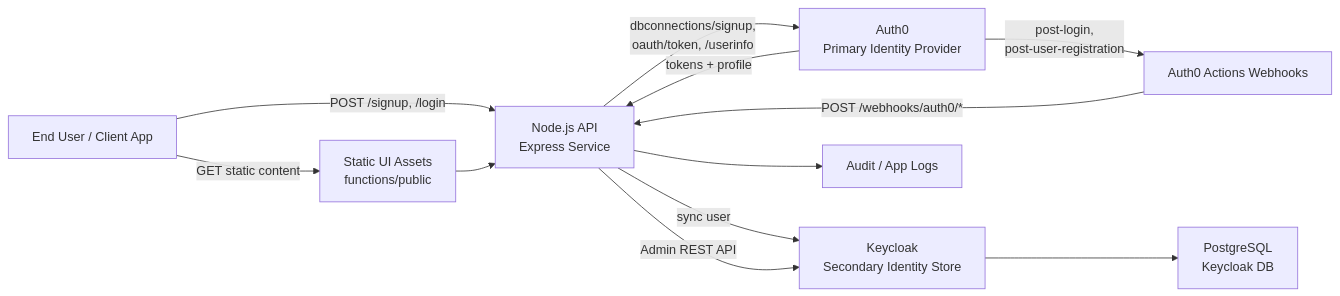
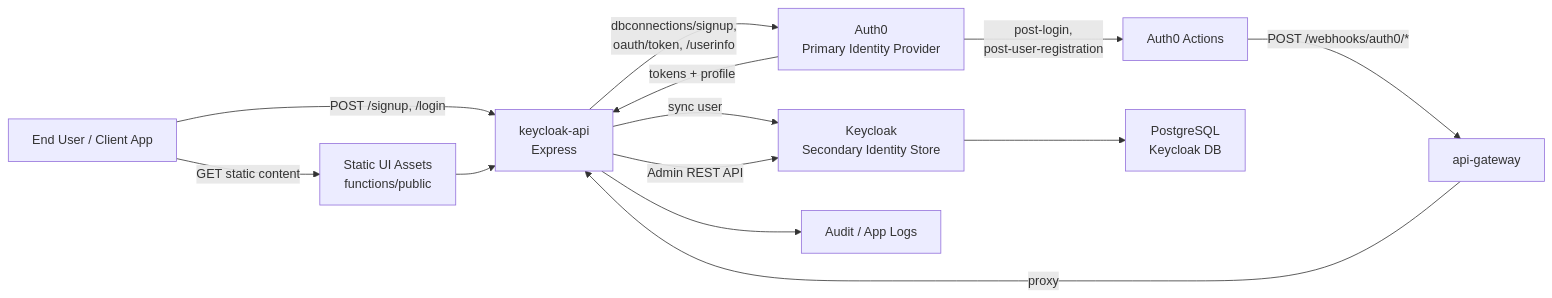
The first of 2 diagrams in docs/key-cloak-server-docs.md (InteractiveAdvertisingBureau/tl-keycloak), drawn with Mermaid before and after one commit. The commit also changed other lines of this file and 18 other files, not shown here.

````diff
--- a/docs/key-cloak-server-docs.md
+++ b/docs/key-cloak-server-docs.md
@@ -16,23 +16,25 @@
 ```mermaid
 flowchart LR
     user["End User / Client App"]
     auth0["Auth0\nPrimary Identity Provider"]
-    api["Node.js API\nExpress Service"]
-    webhooks["Auth0 Actions Webhooks"]
+    api["keycloak-api\nExpress"]
+    gateway["api-gateway"]
+    webhooks["Auth0 Actions"]
     keycloak["Keycloak\nSecondary Identity Store"]
     postgres["PostgreSQL\nKeycloak DB"]
     logs["Audit / App Logs"]
     static["Static UI Assets\nfunctions/public"]
 
     user -->|"POST /signup, /login"| api
     api -->|"dbconnections/signup,\noauth/token, /userinfo"| auth0
     auth0 -->|"tokens + profile"| api
     api -->|"sync user"| keycloak
     auth0 -->|"post-login,\npost-user-registration"| webhooks
-    webhooks -->|"POST /webhooks/auth0/*"| api
+    webhooks -->|"POST /webhooks/auth0/*"| gateway
+    gateway -->|proxy| api
     api -->|"Admin REST API"| keycloak
     keycloak --> postgres
     api --> logs
     user -->|"GET static content"| static
     static --> api
 ```
````
